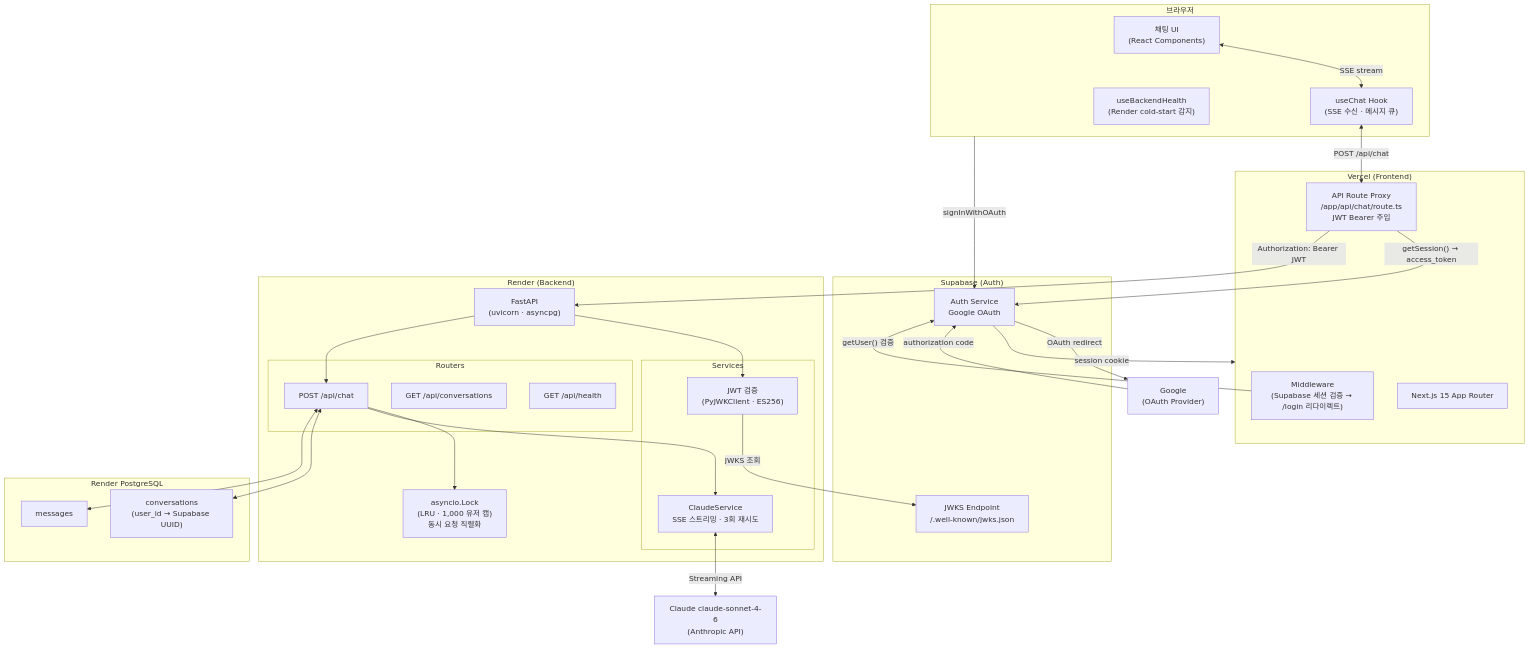
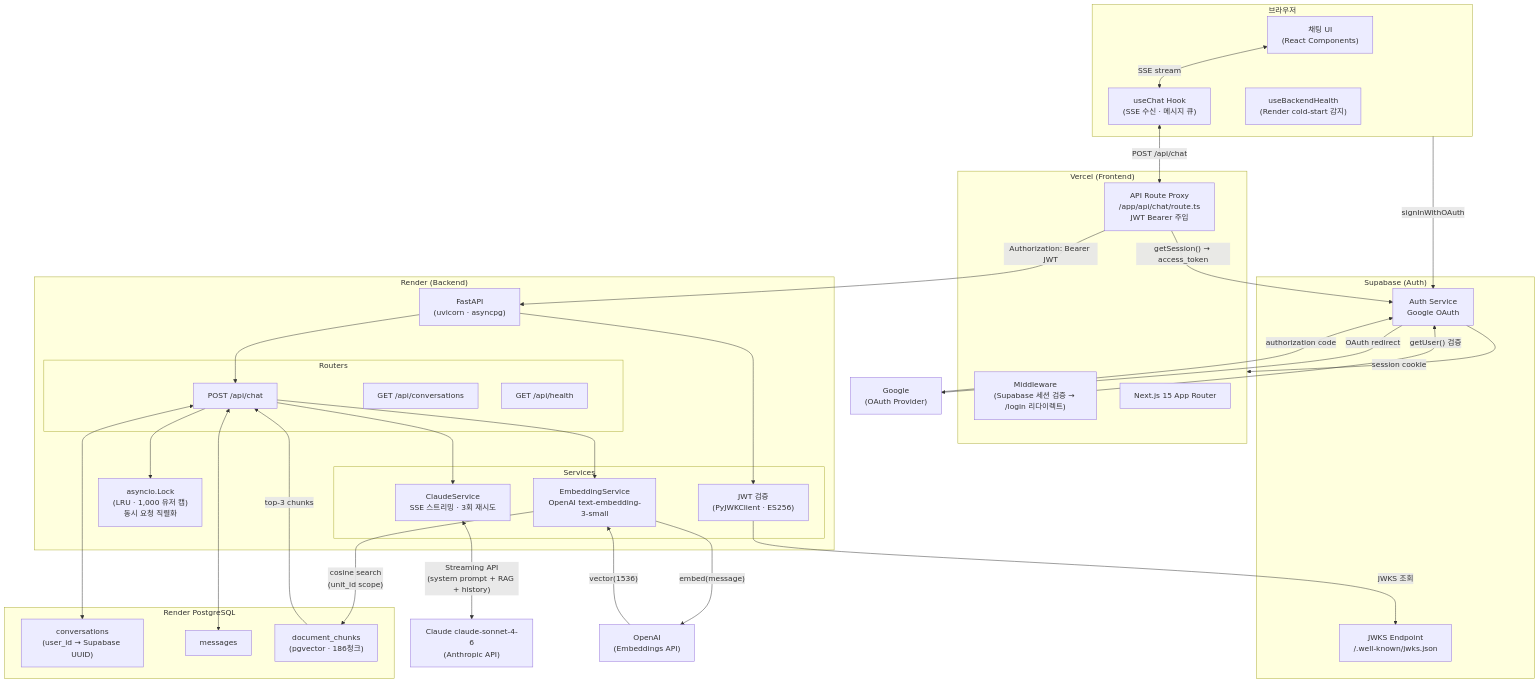
Before and after one commit to JayKim88/lingua-rag: the first of 4 diagrams in README.md, drawn with Mermaid. The commit also changed other lines of this file, not shown here.

First line of the commit message:
docs(readme): reflect v0.2 RAG pipeline additions

````diff
--- a/README.md
+++ b/README.md
@@ -9,61 +9,69 @@
 ```mermaid
 graph TB
     subgraph Browser["브라우저"]
         UI["채팅 UI\n(React Components)"]
         Hook["useChat Hook\n(SSE 수신 · 메시지 큐)"]
         Health["useBackendHealth\n(Render cold-start 감지)"]
     end
 
     subgraph Vercel["Vercel (Frontend)"]
         MW["Middleware\n(Supabase 세션 검증 → /login 리다이렉트)"]
         Next["Next.js 15 App Router"]
         Proxy["API Route Proxy\n/app/api/chat/route.ts\nJWT Bearer 주입"]
     end
 
     subgraph Supabase["Supabase (Auth)"]
         SupaAuth["Auth Service\nGoogle OAuth"]
         JWKS["JWKS Endpoint\n/.well-known/jwks.json"]
     end
 
     Google["Google\n(OAuth Provider)"]
 
     subgraph Render["Render (Backend)"]
         FastAPI["FastAPI\n(uvicorn · asyncpg)"]
         subgraph Services["Services"]
             AuthDep["JWT 검증\n(PyJWKClient · ES256)"]
             ClaudeSvc["ClaudeService\nSSE 스트리밍 · 3회 재시도"]
+            EmbedSvc["EmbeddingService\nOpenAI text-embedding-3-small"]
         end
         subgraph Routers["Routers"]
             ChatRouter["POST /api/chat"]
             ConvRouter["GET /api/conversations"]
             HealthRouter["GET /api/health"]
         end
         Lock["asyncio.Lock\n(LRU · 1,000 유저 캡)\n동시 요청 직렬화"]
     end
 
     subgraph DB["Render PostgreSQL"]
         Conversations["conversations\n(user_id → Supabase UUID)"]
         Messages["messages"]
+        Chunks["document_chunks\n(pgvector · 186청크)"]
     end
 
     Claude["Claude claude-sonnet-4-6\n(Anthropic API)"]
+    OpenAI["OpenAI\n(Embeddings API)"]
 
     UI <-->|"SSE stream"| Hook
     Hook <-->|"POST /api/chat"| Proxy
     Proxy -->|"getSession() → access_token"| SupaAuth
     Proxy -->|"Authorization: Bearer JWT"| FastAPI
     FastAPI --> AuthDep
     AuthDep -->|"JWKS 조회"| JWKS
     FastAPI --> ChatRouter
     ChatRouter --> Lock
+    ChatRouter --> EmbedSvc
+    EmbedSvc -->|"embed(message)"| OpenAI
+    OpenAI -->|"vector(1536)"| EmbedSvc
+    EmbedSvc -->|"cosine search\n(unit_id scope)"| Chunks
+    Chunks -->|"top-3 chunks"| ChatRouter
     ChatRouter --> ClaudeSvc
     ChatRouter <--> Conversations
     ChatRouter <--> Messages
-    ClaudeSvc <-->|"Streaming API"| Claude
+    ClaudeSvc <-->|"Streaming API\n(system prompt + RAG + history)"| Claude
 
     Browser -->|"signInWithOAuth"| SupaAuth
     SupaAuth -->|"OAuth redirect"| Google
     Google -->|"authorization code"| SupaAuth
     SupaAuth -->|"session cookie"| Vercel
     MW -->|"getUser() 검증"| SupaAuth
 ```
````
